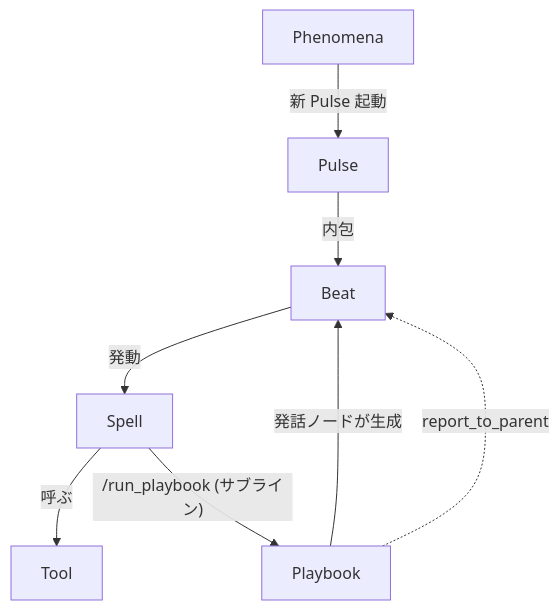
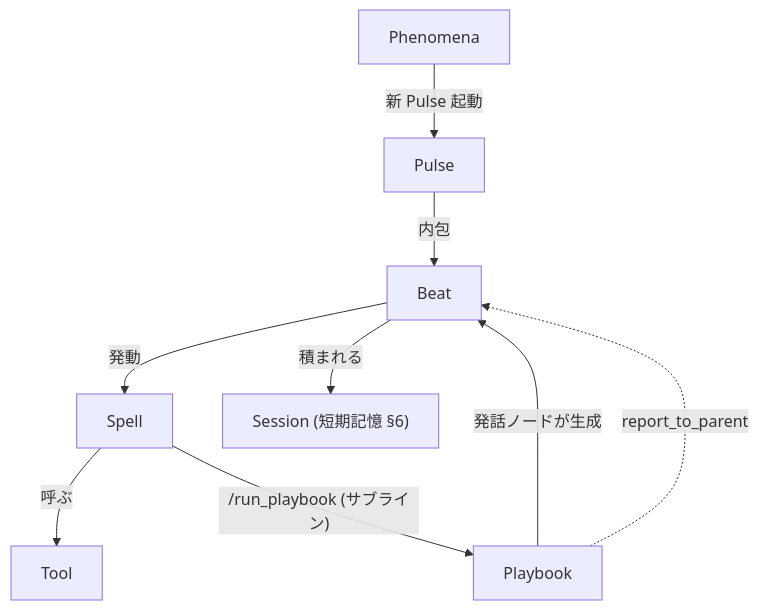
One commit to maha0525/SAIVerse changed the fourth of 7 diagrams in docs/overview/landscape.md. Above: the diagram before and after it, drawn with Mermaid. The commit also changed other lines of this file and 2 other files, not shown here.

First line of the commit message:
俯瞰地図: 短期記憶 (Session) / 長期記憶の整理を反映

````diff
--- a/docs/overview/landscape.md
+++ b/docs/overview/landscape.md
@@ -183,10 +163,11 @@
 ```mermaid
 graph TD
     Phenomena -->|新 Pulse 起動| Pulse
     Pulse -->|内包| Beat
     Playbook -->|発話ノードが生成| Beat
     Beat -->|発動| Spell
     Spell -->|呼ぶ| Tool
     Spell -->|"/run_playbook (サブライン)"| Playbook
     Playbook -.->|report_to_parent| Beat
+    Beat -->|積まれる| Session["Session (短期記憶 §6)"]
 ```
````
